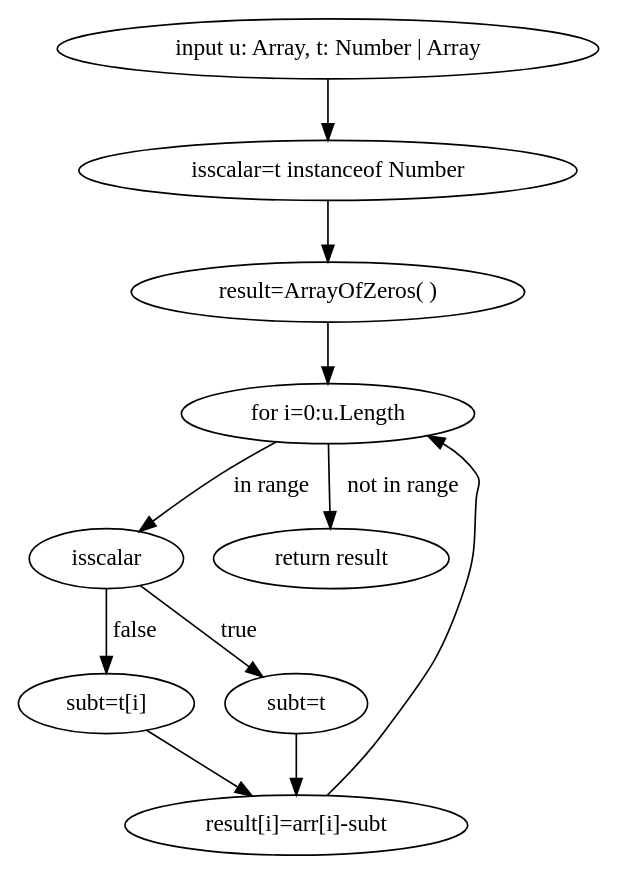
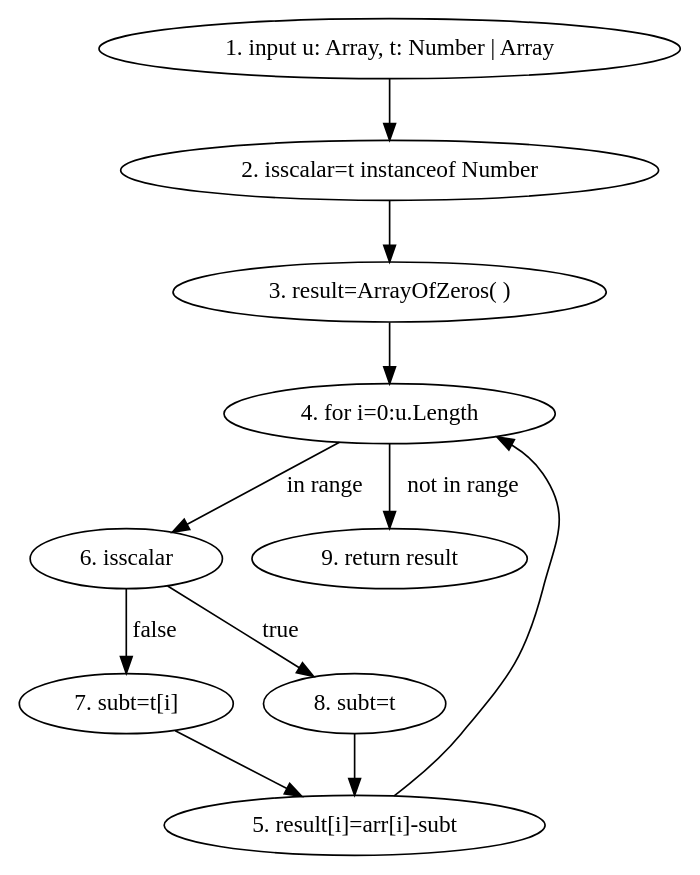
The diagram in test_graphs/scripts/vector/arraySub.dot (drakexcaptainop/p5t), drawn with Graphviz before and after one commit. The commit also changed 46 other files, not shown here.

Commit message:
scripts for graphs

```diff
--- a/test_graphs/scripts/vector/arraySub.dot
+++ b/test_graphs/scripts/vector/arraySub.dot
@@ -1,20 +1,20 @@
 digraph G {
-    INP [label="input u: Array, t: Number | Array"]
-    ISS [label="isscalar=t instanceof Number"]
-    RES [label="result=ArrayOfZeros( )"]
-    FOR [label="for i=0:u.Length"]
-    ADD [label="result[i]=arr[i]-subt"]
-    IF [label="isscalar"]
-    SUBT1 [label="subt=t[i]"]
-    SUBT2 [label="subt=t"]
-    RET [label="return result"]
+    INP [label="1. input u: Array, t: Number | Array"]
+    ISS [label="2. isscalar=t instanceof Number"]
+    RES [label="3. result=ArrayOfZeros( )"]
+    FOR [label="4. for i=0:u.Length"]
+    ADD [label="5. result[i]=arr[i]-subt"]
+    IF [label="6. isscalar"]
+    SUBT1 [label="7. subt=t[i]"]
+    SUBT2 [label="8. subt=t"]
+    RET [label="9. return result"]
 
     INP -> ISS -> RES -> FOR 
     FOR -> IF [label="in range"]
     IF -> SUBT2 [label="true"]
     IF -> SUBT1 [label="false"]
     SUBT2 -> ADD
     SUBT1 -> ADD 
     FOR -> RET [label="not in range"]
     ADD -> FOR
 }
```
